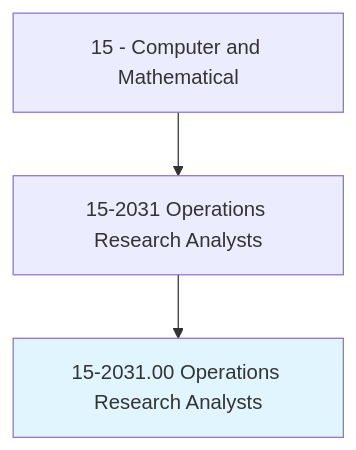
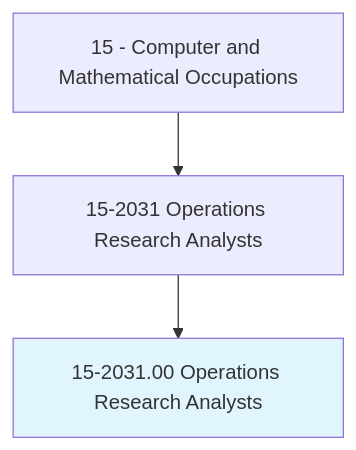
One commit to kziemski/business.org.ai changed the first of 4 diagrams in occupations/Technology/OperationsResearchAnalysts.mdx. Above: the diagram before and after it, drawn with Mermaid. The commit also changed other lines of this file and 938 other files, not shown here.

````diff
--- a/occupations/Technology/OperationsResearchAnalysts.mdx
+++ b/occupations/Technology/OperationsResearchAnalysts.mdx
@@ -19,6 +23,6 @@
 ```mermaid
 graph TD
-    Cat15["15 - Computer and Mathematical"] --> Group152031["15-2031 Operations Research Analysts"]
+    Cat15["15 - Computer and Mathematical Occupations"] --> Group152031["15-2031 Operations Research Analysts"]
     Group152031 --> Current["15-2031.00 Operations Research Analysts"]
     style Current fill:#e1f5fe
 ```
````
